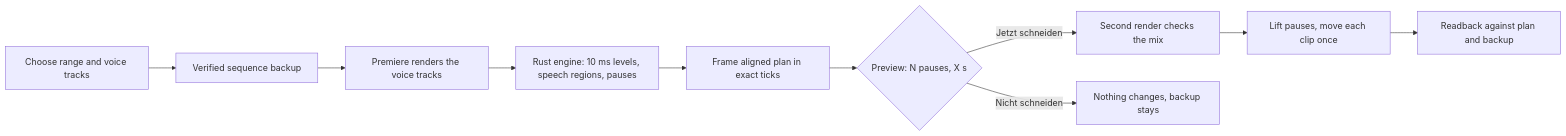
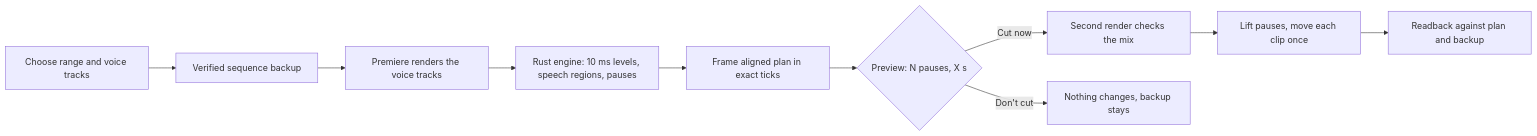
Before and after one commit to nicremo/open-silences: the diagram in README.md, drawn with Mermaid. The commit also changed other lines of this file and 4 other files, not shown here.

````diff
--- a/README.md
+++ b/README.md
@@ -92,12 +92,12 @@
 ```mermaid
 flowchart LR
     A[Choose range and voice tracks] --> B[Verified sequence backup]
     B --> C[Premiere renders the voice tracks]
     C --> D[Rust engine: 10 ms levels, speech regions, pauses]
     D --> E[Frame aligned plan in exact ticks]
     E --> F{Preview: N pauses, X s}
-    F -->|Jetzt schneiden| G[Second render checks the mix]
+    F -->|Cut now| G[Second render checks the mix]
     G --> H[Lift pauses, move each clip once]
     H --> I[Readback against plan and backup]
-    F -->|Nicht schneiden| J[Nothing changes, backup stays]
+    F -->|Don't cut| J[Nothing changes, backup stays]
 ```
````
